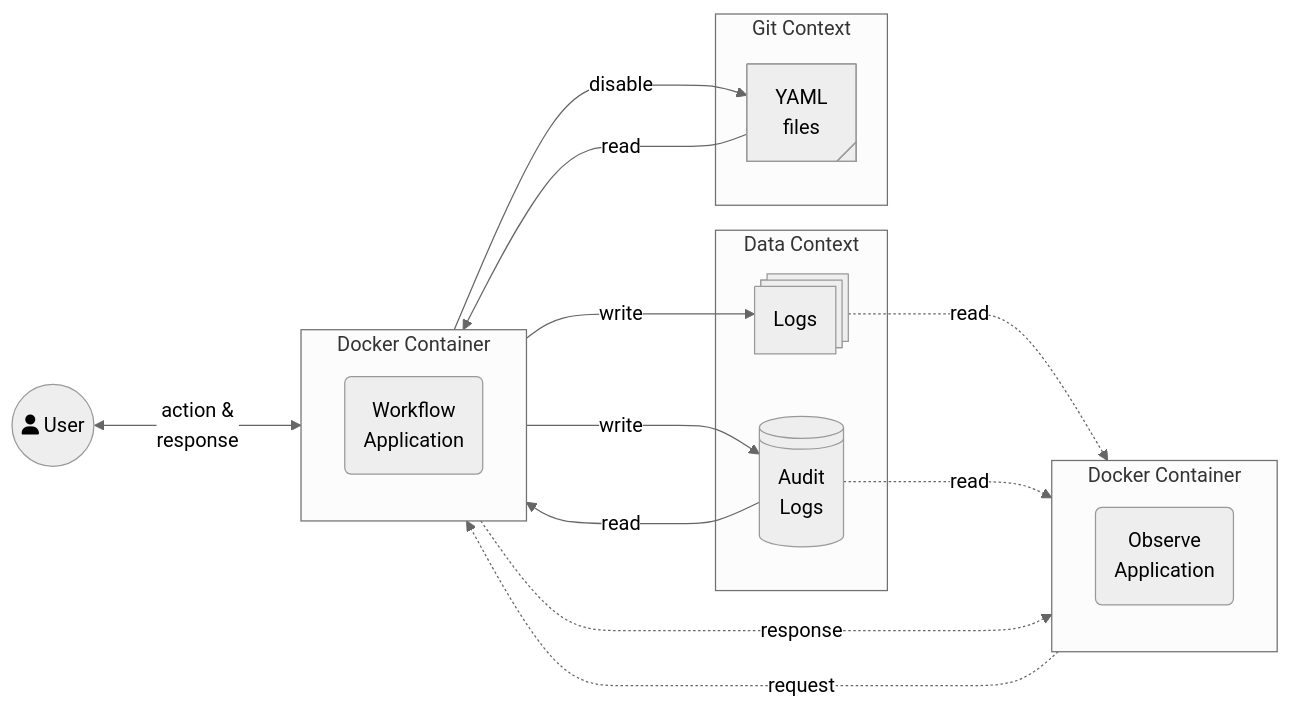
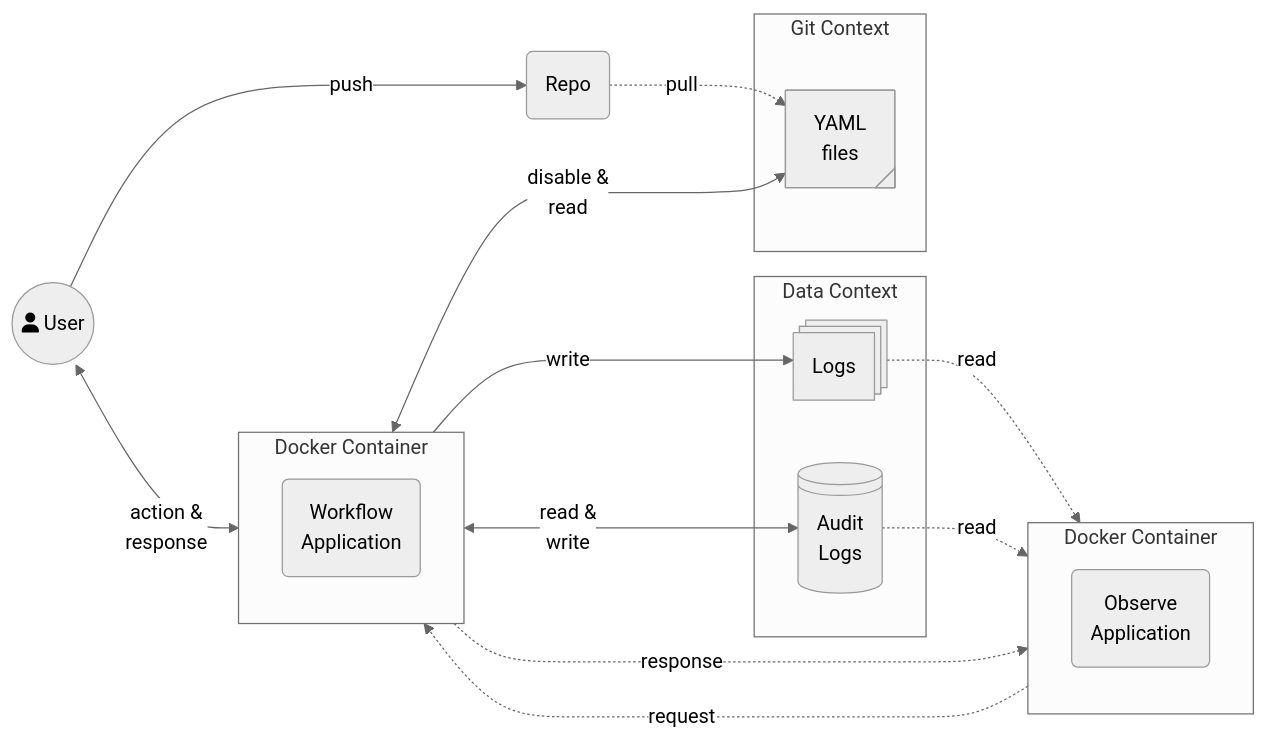
One commit to ddeutils/ddeutil-workflow changed the diagram in README.md. Above: the diagram before and after it, drawn with Mermaid (neutral theme). The commit also changed 1 other file, not shown here.

Commit message:
:page_facing_up: docs: update flowchart of this package.

````diff
--- a/README.md
+++ b/README.md
@@ -43,37 +43,39 @@
 ```mermaid
 flowchart LR
     A((fa:fa-user User))
 
     subgraph Docker Container
         direction TB
         G@{ shape: rounded, label: "Observe<br>Application" }
     end
 
     subgraph Docker Container
         direction TB
         B@{ shape: rounded, label: "Workflow<br>Application" }
     end
 
-    A <--->|action &<br>response| B
-    B -....-> |response| G
-    G -....-> |request| B
+    A <-->|action &<br>response| B
+    B -...-> |response| G
+    G -...-> |request| B
 
     subgraph Data Context
-    D@{ shape: processes, label: "Logs" }
-    E@{ shape: lin-cyl, label: "Audit<br>Logs" }
+        D@{ shape: processes, label: "Logs" }
+        E@{ shape: lin-cyl, label: "Audit<br>Logs" }
     end
 
     subgraph Git Context
-    F@{ shape: tag-rect, label: "YAML<br>files" }
+        F@{ shape: tag-rect, label: "YAML<br>files" }
     end
 
-    B --->|disable| F
-    F --->|read| B
+    A ---> |push| H(Repo)
+    H -.-> |pull| F
 
-    B --->|write| E
-    E --->|read| B
-    B --->|write| D
+    B <-->|disable &<br>read| F
+
+    B <-->|read &<br>write| E
+
+    B -->|write| D
 
     D -.->|read| G
     E -.->|read| G
 ```
````
